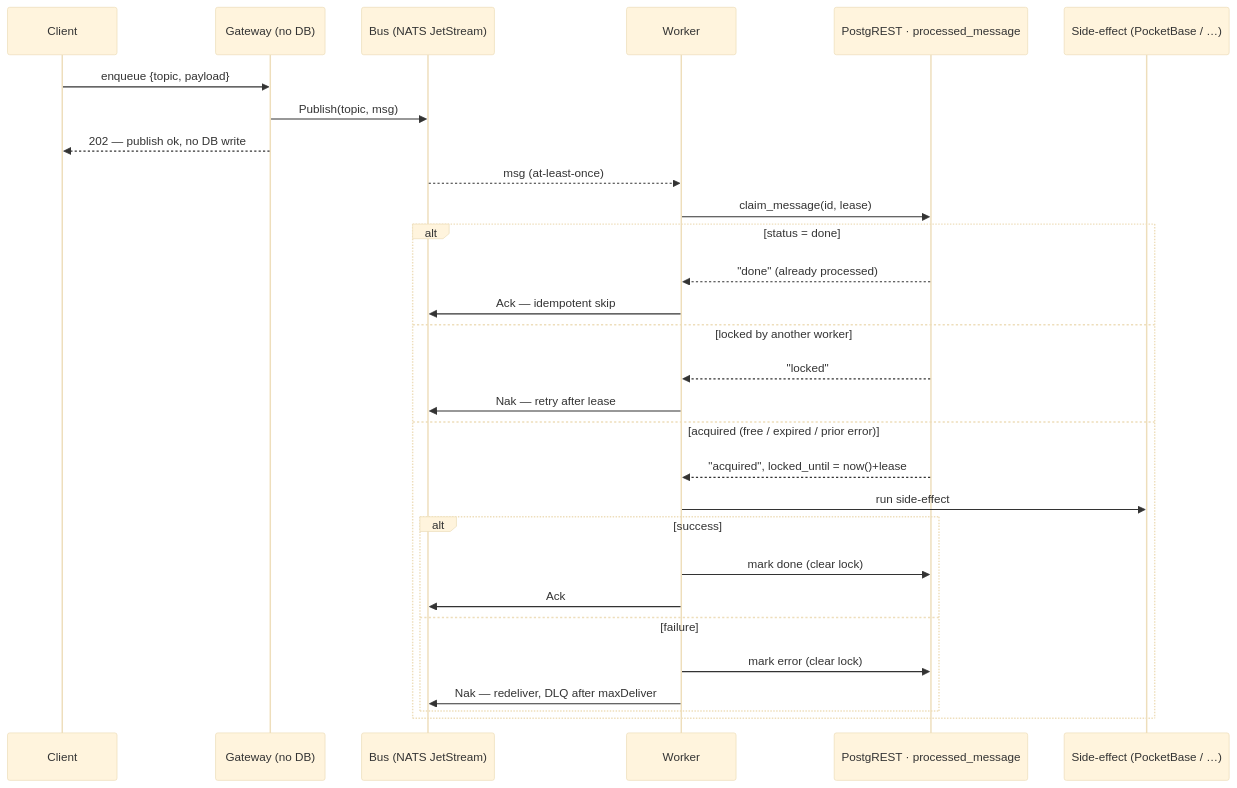
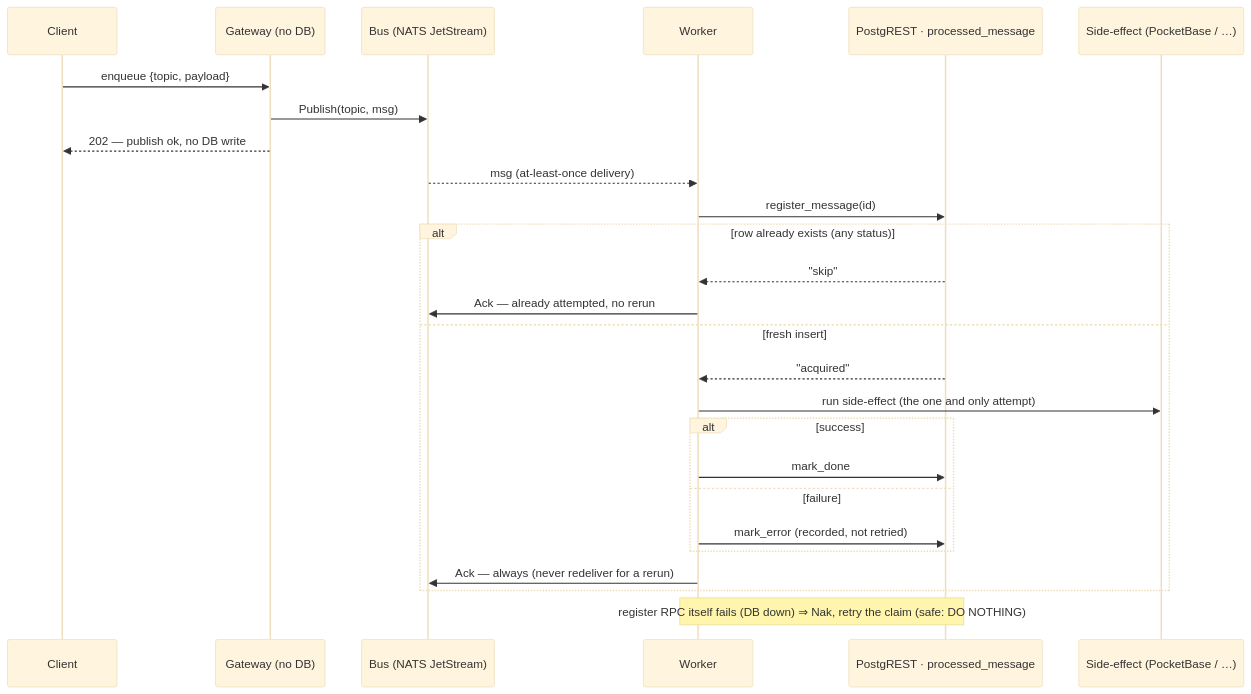
Before and after one commit to thinkonmay/global-proxy: the fifth of 6 diagrams in api/README.md, drawn with Mermaid (base theme). The commit also changed other lines of this file and 24 other files, not shown here.

Commit message:
add pkg idempotency, at-most-once worker

````diff
--- a/api/README.md
+++ b/api/README.md
@@ -204,32 +209,29 @@
 ```mermaid
 sequenceDiagram
     participant C as Client
     participant GW as Gateway (no DB)
     participant Bus as Bus (NATS JetStream)
     participant W as Worker
     participant PG as PostgREST · processed_message
     participant DST as Side-effect (PocketBase / …)
 
     C->>GW: enqueue {topic, payload}
     GW->>Bus: Publish(topic, msg)
     GW-->>C: 202 — publish ok, no DB write
-    Bus-->>W: msg (at-least-once)
-    W->>PG: claim_message(id, lease)
-    alt status = done
-        PG-->>W: "done" (already processed)
-        W->>Bus: Ack — idempotent skip
-    else locked by another worker
-        PG-->>W: "locked"
-        W->>Bus: Nak — retry after lease
-    else acquired (free / expired / prior error)
-        PG-->>W: "acquired", locked_until = now()+lease
-        W->>DST: run side-effect
+    Bus-->>W: msg (at-least-once delivery)
+    W->>PG: register_message(id)
+    alt row already exists (any status)
+        PG-->>W: "skip"
+        W->>Bus: Ack — already attempted, no rerun
+    else fresh insert
+        PG-->>W: "acquired"
+        W->>DST: run side-effect (the one and only attempt)
         alt success
-            W->>PG: mark done (clear lock)
-            W->>Bus: Ack
+            W->>PG: mark_done
         else failure
-            W->>PG: mark error (clear lock)
-            W->>Bus: Nak — redeliver, DLQ after maxDeliver
+            W->>PG: mark_error (recorded, not retried)
         end
+        W->>Bus: Ack — always (never redeliver for a rerun)
     end
+    note over W,PG: register RPC itself fails (DB down) ⇒ Nak, retry the claim (safe: DO NOTHING)
 ```
````
